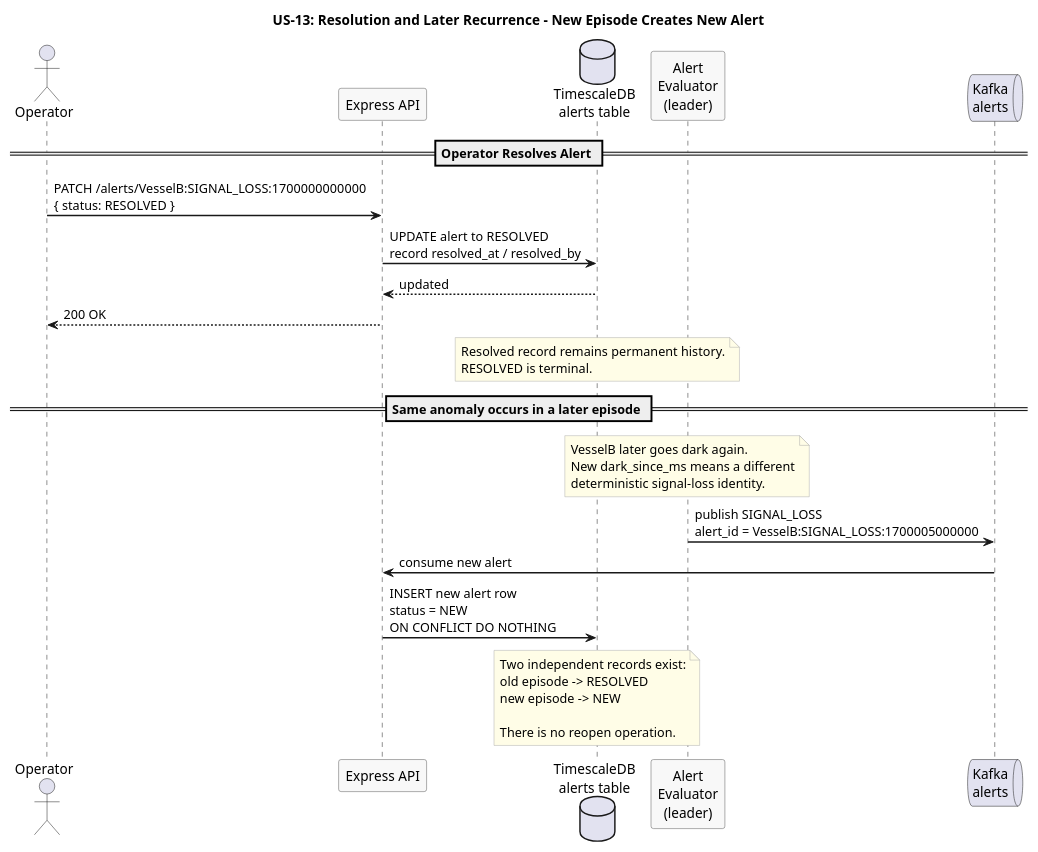
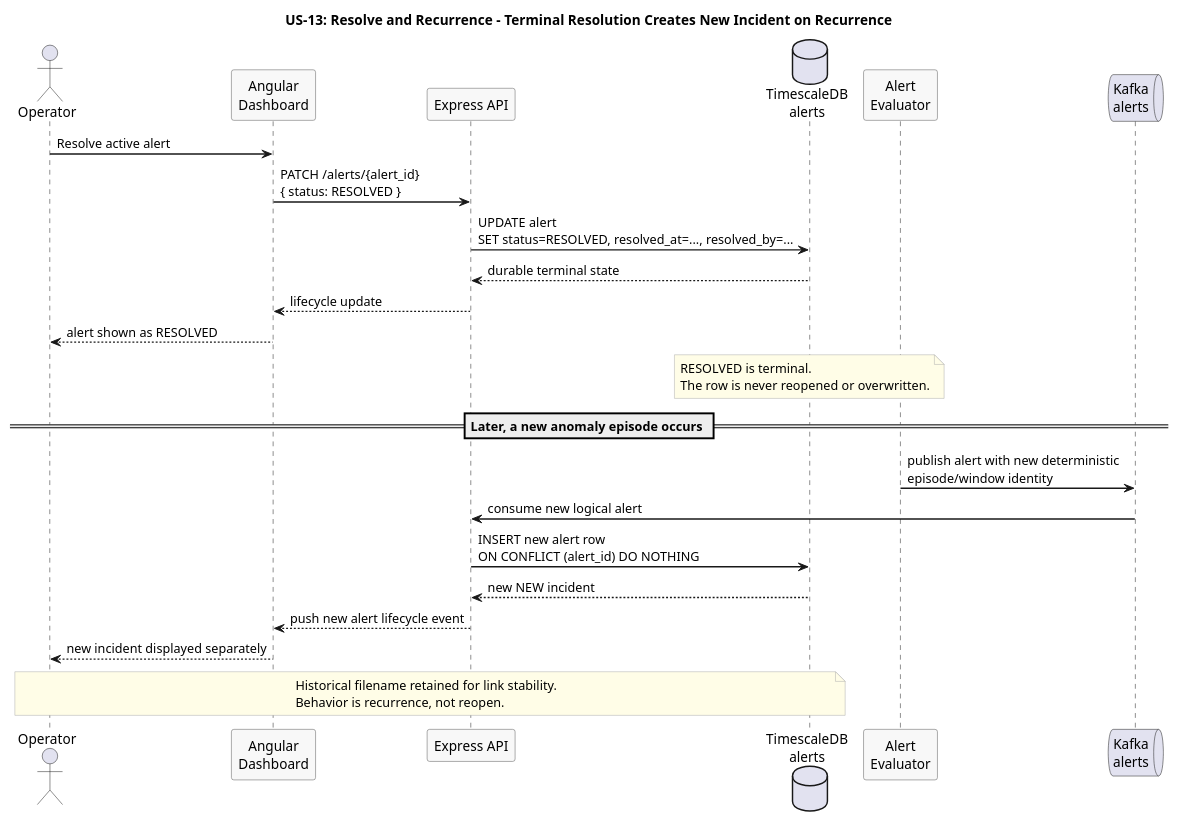
Before and after one commit to Buffden/sentinel: the diagram in docs/use-cases/US-13-alert-lifecycle/resolve-and-reopen.puml, drawn with PlantUML. The commit also changed 27 other files, not shown here.

Commit message:
docs: align pre-coding contracts and diagrams

```diff
--- a/docs/use-cases/US-13-alert-lifecycle/resolve-and-reopen.puml
+++ b/docs/use-cases/US-13-alert-lifecycle/resolve-and-reopen.puml
@@ -1,48 +1,43 @@
 @startuml resolve-and-reopen
-title US-13: Resolution and Later Recurrence - New Episode Creates New Alert
+title US-13: Resolve and Recurrence - Terminal Resolution Creates New Incident on Recurrence
 
 skinparam sequenceArrowThickness 1.5
 skinparam participantBorderColor #555555
 skinparam participantBackgroundColor #F8F8F8
 skinparam noteBorderColor #AAAAAA
 skinparam noteBackgroundColor #FFFDE7
 
 actor Operator
+participant "Angular\nDashboard" as Dashboard
 participant "Express API" as API
-database "TimescaleDB\nalerts table" as TSDB
-participant "Alert\nEvaluator\n(leader)" as Evaluator
+database "TimescaleDB\nalerts" as TSDB
+participant "Alert\nEvaluator" as Evaluator
 queue "Kafka\nalerts" as Kafka
 
-== Operator Resolves Alert ==
-
-Operator -> API : PATCH /alerts/VesselB:SIGNAL_LOSS:1700000000000\n{ status: RESOLVED }
-API -> TSDB : UPDATE alert to RESOLVED\nrecord resolved_at / resolved_by
-TSDB --> API : updated
-API --> Operator : 200 OK
+Operator -> Dashboard : Resolve active alert
+Dashboard -> API : PATCH /alerts/{alert_id}\n{ status: RESOLVED }
+API -> TSDB : UPDATE alert\nSET status=RESOLVED, resolved_at=..., resolved_by=...
+TSDB --> API : durable terminal state
+API --> Dashboard : lifecycle update
+Dashboard --> Operator : alert shown as RESOLVED
 
 note over TSDB
-  Resolved record remains permanent history.
   RESOLVED is terminal.
+  The row is never reopened or overwritten.
 end note
 
-== Same anomaly occurs in a later episode ==
+== Later, a new anomaly episode occurs ==
 
-note over Evaluator
-  VesselB later goes dark again.
-  New dark_since_ms means a different
-  deterministic signal-loss identity.
-end note
+Evaluator -> Kafka : publish alert with new deterministic\nepisode/window identity
+Kafka -> API : consume new logical alert
+API -> TSDB : INSERT new alert row\nON CONFLICT (alert_id) DO NOTHING
+TSDB --> API : new NEW incident
+API --> Dashboard : push new alert lifecycle event
+Dashboard --> Operator : new incident displayed separately
 
-Evaluator -> Kafka : publish SIGNAL_LOSS\nalert_id = VesselB:SIGNAL_LOSS:1700005000000
-Kafka -> API : consume new alert
-API -> TSDB : INSERT new alert row\nstatus = NEW\nON CONFLICT DO NOTHING
-
-note over TSDB
-  Two independent records exist:
-  old episode -> RESOLVED
-  new episode -> NEW
-
-  There is no reopen operation.
+note over Operator, TSDB
+  Historical filename retained for link stability.
+  Behavior is recurrence, not reopen.
 end note
 
 @enduml
```
